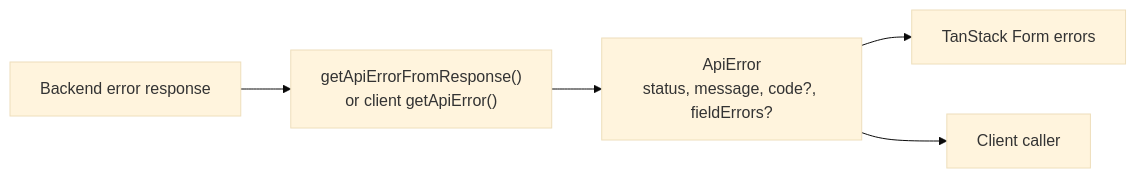
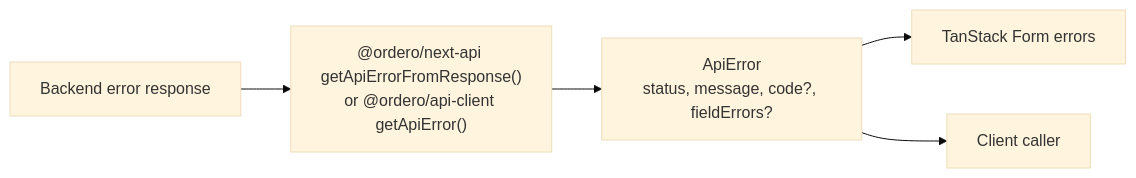
One commit to ordero-biz/monorepo changed the seventh of 7 diagrams in docs/http-auth.md. Above: the diagram before and after it, drawn with Mermaid (base theme). The commit also changed other lines of this file and 44 other files, not shown here.

````diff
--- a/docs/http-auth.md
+++ b/docs/http-auth.md
@@ -298,13 +312,13 @@
 ```mermaid
 flowchart LR
   backendError["Backend error response"]
-  normalize["getApiErrorFromResponse()<br/>or client getApiError()"]
+  normalize["@ordero/next-api getApiErrorFromResponse()<br/>or @ordero/api-client getApiError()"]
   apiError["ApiError<br/>status, message, code?, fieldErrors?"]
   form["TanStack Form errors"]
   client["Client caller"]
 
   backendError --> normalize
   normalize --> apiError
   apiError --> form
   apiError --> client
 ```
````
